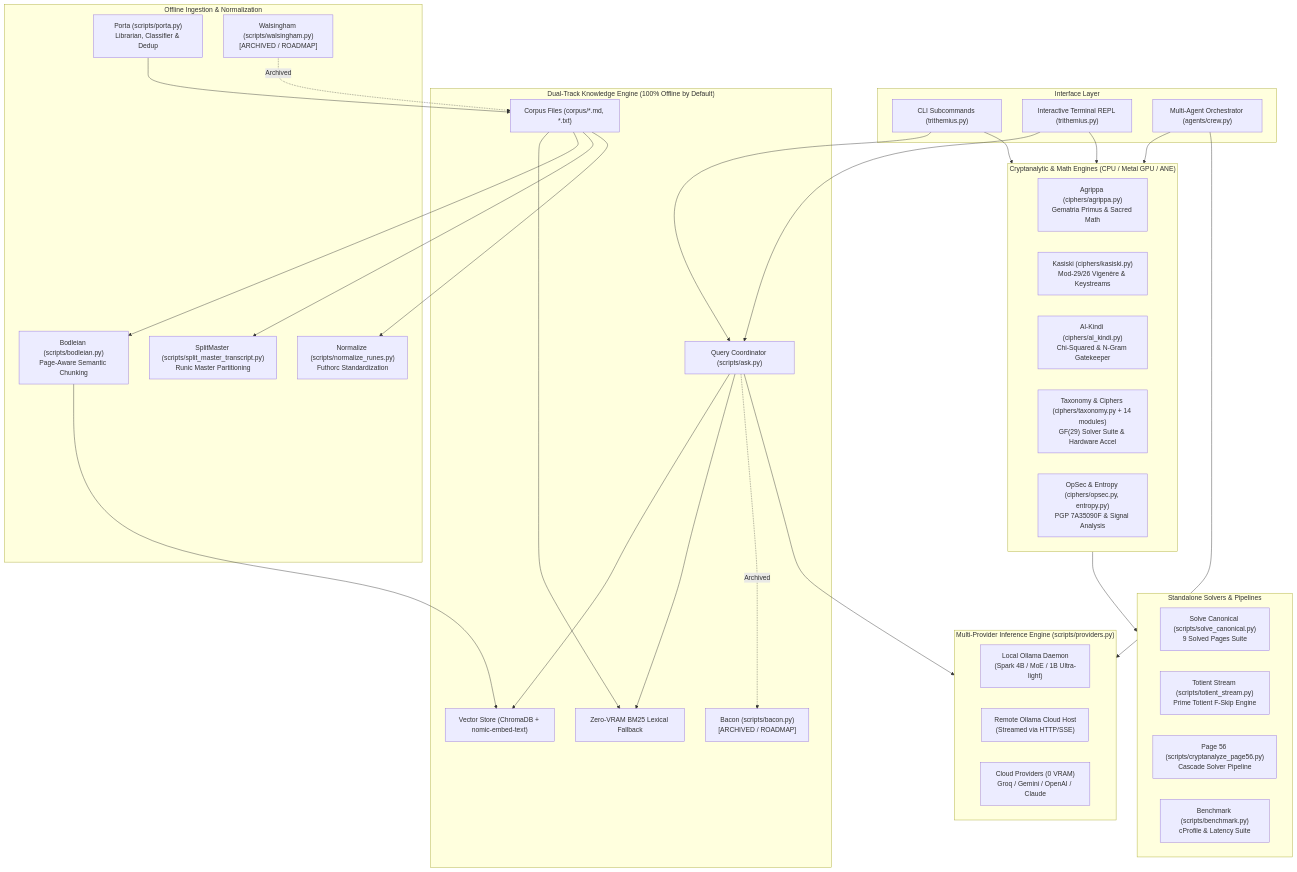
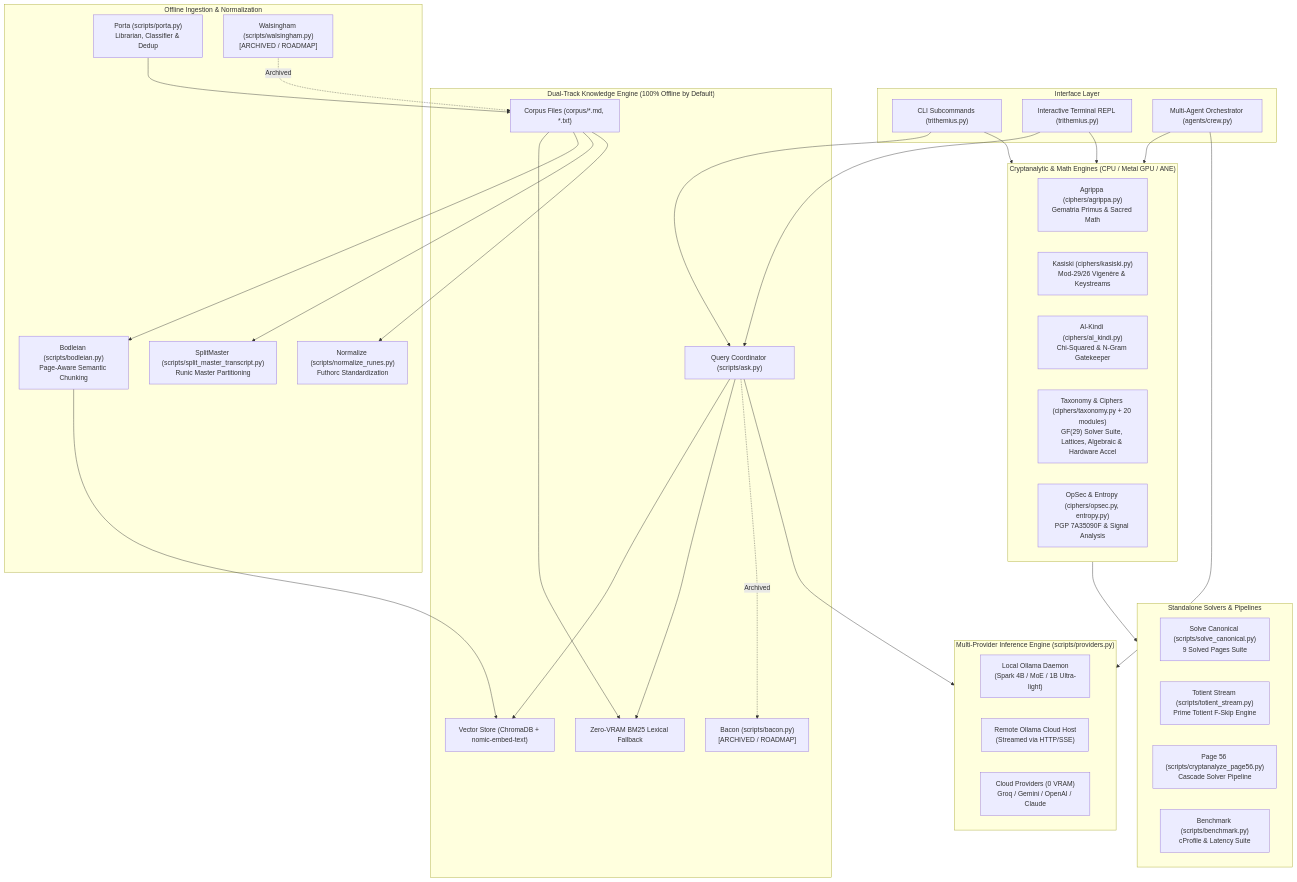
The diagram in TRITHEMIUS_SPECIFICATION.md (fabmas787/trithemius), drawn with Mermaid before and after one commit. The commit also changed other lines of this file and 38 other files, not shown here.

````diff
--- a/TRITHEMIUS_SPECIFICATION.md
+++ b/TRITHEMIUS_SPECIFICATION.md
@@ -23,65 +23,65 @@
 ```mermaid
 flowchart TD
     subgraph UI ["Interface Layer"]
         CLI["CLI Subcommands (trithemius.py)"]
         REPL["Interactive Terminal REPL (trithemius.py)"]
         MultiAgent["Multi-Agent Orchestrator (agents/crew.py)"]
     end
 
     subgraph CoreEngine ["Cryptanalytic & Math Engines (CPU / Metal GPU / ANE)"]
         Agrippa["Agrippa (ciphers/agrippa.py)\nGematria Primus & Sacred Math"]
         Kasiski["Kasiski (ciphers/kasiski.py)\nMod-29/26 Vigenère & Keystreams"]
         AlKindi["Al-Kindi (ciphers/al_kindi.py)\nChi-Squared & N-Gram Gatekeeper"]
-        Taxonomy["Taxonomy & Ciphers (ciphers/taxonomy.py + 14 modules)\nGF(29) Solver Suite & Hardware Accel"]
+        Taxonomy["Taxonomy & Ciphers (ciphers/taxonomy.py + 20 modules)\nGF(29) Solver Suite, Lattices, Algebraic & Hardware Accel"]
         OpSec["OpSec & Entropy (ciphers/opsec.py, entropy.py)\nPGP 7A35090F & Signal Analysis"]
     end
 
     subgraph RAGPipeline ["Dual-Track Knowledge Engine (100% Offline by Default)"]
         Ask["Query Coordinator (scripts/ask.py)"]
         ChromaStore["Vector Store (ChromaDB + nomic-embed-text)"]
         BM25Store["Zero-VRAM BM25 Lexical Fallback"]
         Corpus["Corpus Files (corpus/*.md, *.txt)"]
         Bacon["Bacon (scripts/bacon.py)\n[ARCHIVED / ROADMAP]"]
     end
 
     subgraph Ingestion ["Offline Ingestion & Normalization"]
         Porta["Porta (scripts/porta.py)\nLibrarian, Classifier & Dedup"]
         Bodleian["Bodleian (scripts/bodleian.py)\nPage-Aware Semantic Chunking"]
         SplitMaster["SplitMaster (scripts/split_master_transcript.py)\nRunic Master Partitioning"]
         Normalize["Normalize (scripts/normalize_runes.py)\nFuthorc Standardization"]
         Walsingham["Walsingham (scripts/walsingham.py)\n[ARCHIVED / ROADMAP]"]
     end
 
     subgraph Solvers ["Standalone Solvers & Pipelines"]
         SolveCanonical["Solve Canonical (scripts/solve_canonical.py)\n9 Solved Pages Suite"]
         TotientStream["Totient Stream (scripts/totient_stream.py)\nPrime Totient F-Skip Engine"]
         Page56["Page 56 (scripts/cryptanalyze_page56.py)\nCascade Solver Pipeline"]
         Bench["Benchmark (scripts/benchmark.py)\ncProfile & Latency Suite"]
     end
 
     subgraph Inference ["Multi-Provider Inference Engine (scripts/providers.py)"]
         LocalOllama["Local Ollama Daemon\n(Spark 4B / MoE / 1B Ultra-light)"]
         RemoteOllama["Remote Ollama Cloud Host\n(Streamed via HTTP/SSE)"]
         CloudAPIs["Cloud Providers (0 VRAM)\nGroq / Gemini / OpenAI / Claude"]
     end
 
     REPL --> CoreEngine
     CLI --> CoreEngine
     REPL --> Ask
     CLI --> Ask
     MultiAgent --> CoreEngine
     MultiAgent --> Inference
 
     Ask --> ChromaStore
     Ask --> BM25Store
     Ask -.->|Archived| Bacon
     Corpus --> BM25Store
     Corpus --> Bodleian --> ChromaStore
     Corpus --> SplitMaster
     Corpus --> Normalize
     Walsingham -.->|Archived| Corpus
     Porta --> Corpus
 
     CoreEngine --> Solvers
     Ask --> Inference
 ```
````
